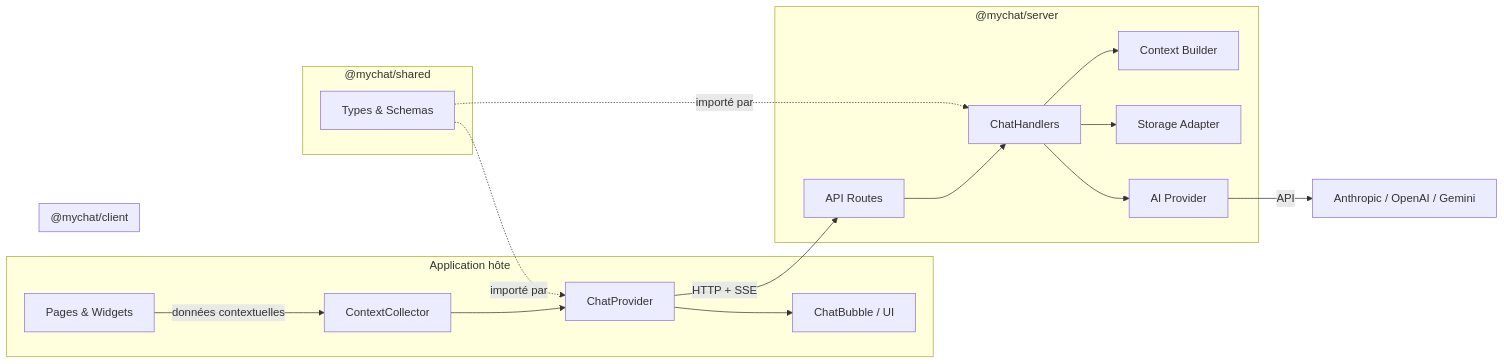
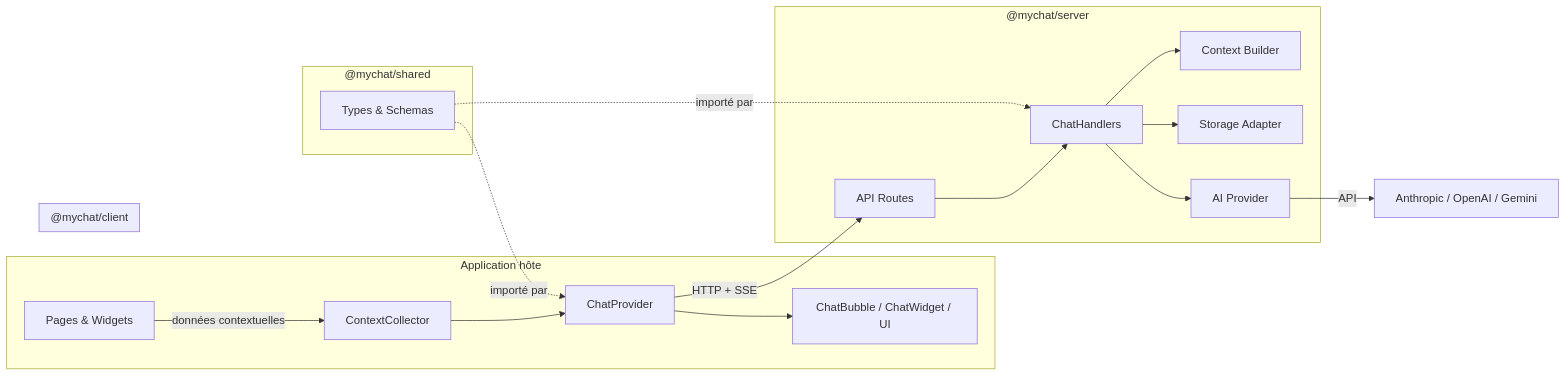
The first of 8 diagrams in README.md (ebusinet/myChat), drawn with Mermaid before and after one commit. The commit also changed other lines of this file and 7 other files, not shown here.

First line of the commit message:
Add ChatWidget component for inline chat display mode

````diff
--- a/README.md
+++ b/README.md
@@ -60,32 +60,32 @@
 ```mermaid
 graph LR
     subgraph "Application hôte"
         A[Pages & Widgets] -->|données contextuelles| B[ContextCollector]
         B --> C[ChatProvider]
-        C --> D[ChatBubble / UI]
+        C --> D[ChatBubble / ChatWidget / UI]
     end
 
     subgraph "@mychat/client"
         B
         C
         D
     end
 
     C -->|HTTP + SSE| E[API Routes]
 
     subgraph "@mychat/server"
         E --> F[ChatHandlers]
         F --> G[Context Builder]
         F --> H[Storage Adapter]
         F --> I[AI Provider]
     end
 
     subgraph "@mychat/shared"
         J[Types & Schemas]
     end
 
     I -->|API| K[Anthropic / OpenAI / Gemini]
 
     J -.->|importé par| C
     J -.->|importé par| F
 ```
````
